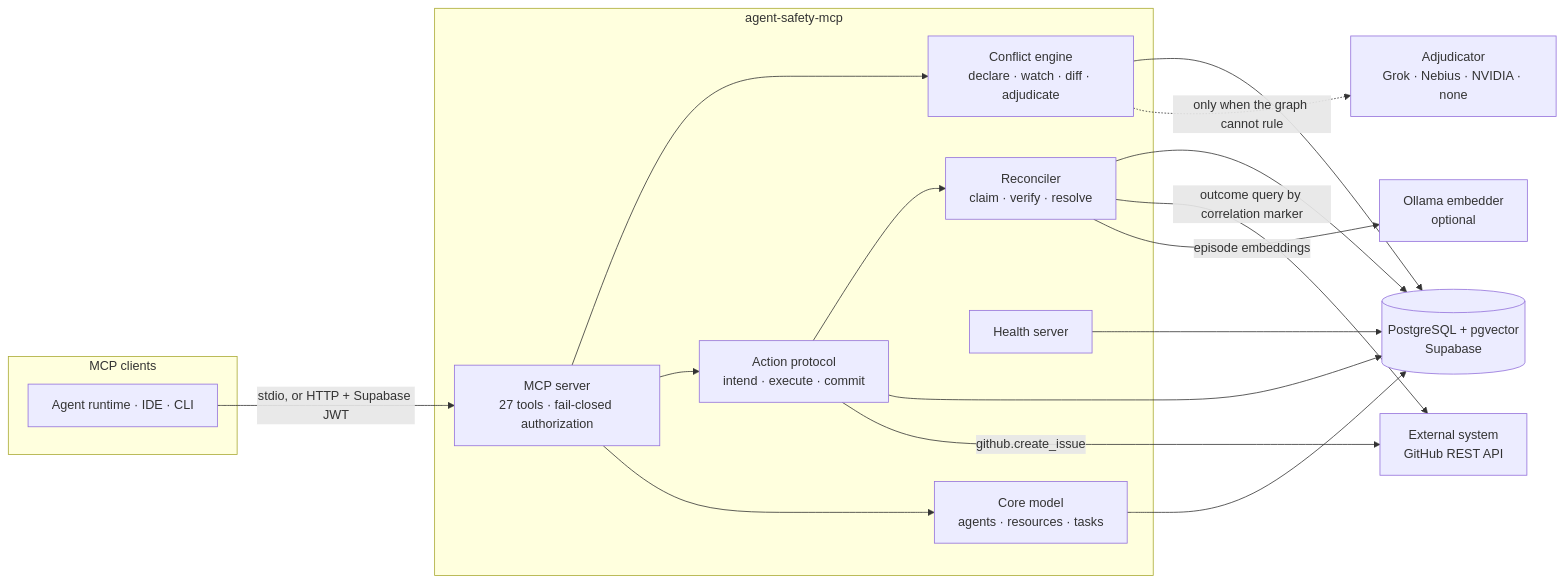
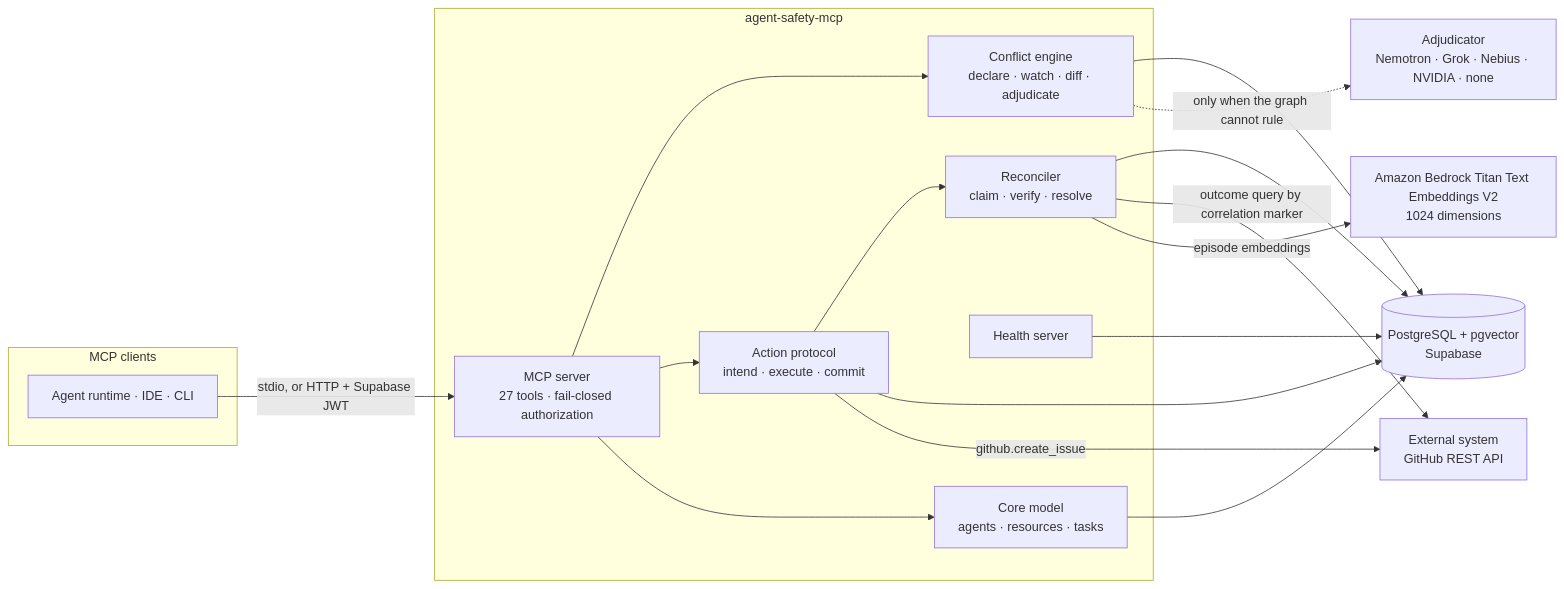
Before and after one commit to KSS-1227/Agent-mcp: the first of 2 diagrams in README.md, drawn with Mermaid. The commit also changed other lines of this file and 13 other files, not shown here.

Commit message:
feat: integrate NVIDIA Nemotron 3.5 Bolt E4B provider

````diff
--- a/README.md
+++ b/README.md
@@ -77,30 +77,30 @@
 ```mermaid
 flowchart LR
     subgraph clients["MCP clients"]
         A["Agent runtime · IDE · CLI"]
     end
 
     subgraph server["agent-safety-mcp"]
         M["MCP server<br/>27 tools · fail-closed authorization"]
         C["Conflict engine<br/>declare · watch · diff · adjudicate"]
         P["Action protocol<br/>intend · execute · commit"]
         R["Reconciler<br/>claim · verify · resolve"]
         H["Health server"]
         S["Core model<br/>agents · resources · tasks"]
     end
 
     A -->|"stdio, or HTTP + Supabase JWT"| M
     M --> C
     M --> P
     M --> S
     P --> R
     C --> DB[("PostgreSQL + pgvector<br/>Supabase")]
     P --> DB
     R --> DB
     S --> DB
-    C -.->|"only when the graph cannot rule"| L["Adjudicator<br/>Grok · Nebius · NVIDIA · none"]
+    C -.->|"only when the graph cannot rule"| L["Adjudicator<br/>Nemotron · Grok · Nebius · NVIDIA · none"]
     P -->|"github.create_issue"| X["External system<br/>GitHub REST API"]
     R -->|"outcome query by correlation marker"| X
-    R -->|"episode embeddings"| O["Ollama embedder<br/>optional"]
+    R -->|"episode embeddings"| O["Amazon Bedrock Titan Text Embeddings V2<br/>1024 dimensions"]
     H --> DB
 ```
````
